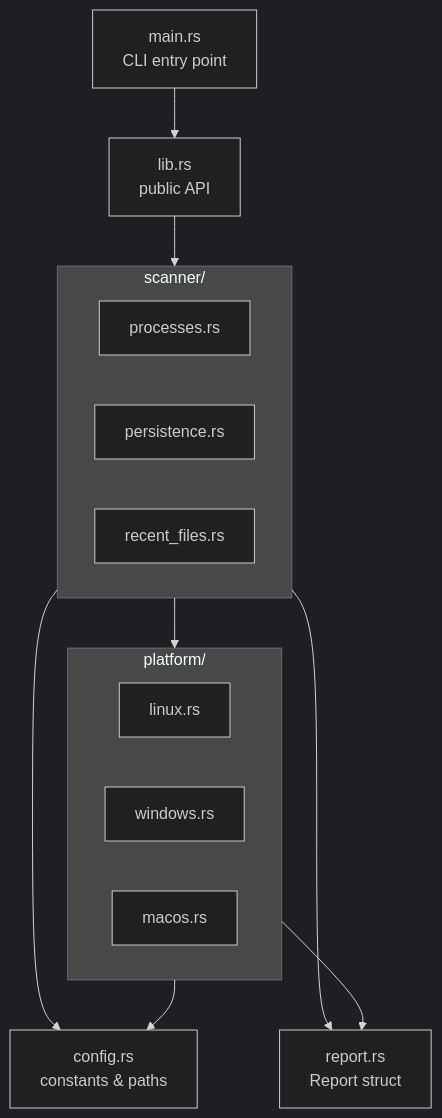
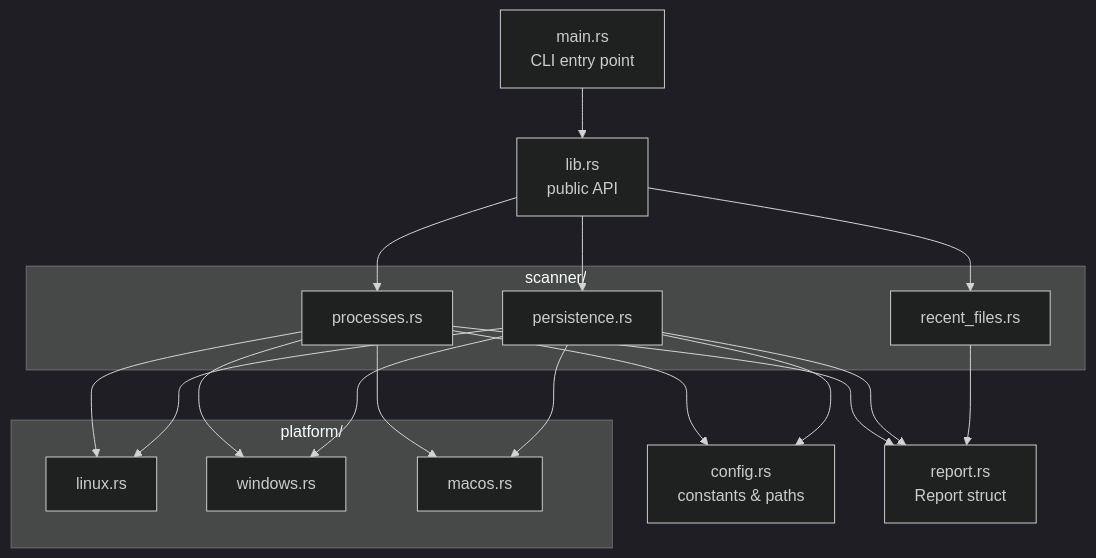
The first of 4 diagrams in README.md (pd241008/Sentrix), drawn with Mermaid (dark theme) before and after one commit.

Commit message:
fix: repair high-level flow mermaid diagram for GitHub rendering
Edges referencing subgraph ids (LIB --> SCANNER, SCANNER --> PLATFORM)
trigger the mermaid dagre-wrapper crash in older renderers
(mermaid-js/mermaid#4644, fixed in v10.8). Rewrite the diagram so all
edges connect concrete leaf nodes, keeping subgraphs as pure grouping
containers. Verified rendering across mermaid v10.5.1, v10.9.1, and v11.

````diff
--- a/README.md
+++ b/README.md
@@ -56,28 +56,34 @@
 ```mermaid
 flowchart TD
-    CLI["main.rs<br/>CLI entry point"]
-    LIB["lib.rs<br/>public API"]
-    CFG["config.rs<br/>constants & paths"]
-    RPT["report.rs<br/>Report struct"]
-
-    CLI --> LIB
-    LIB --> SCANNER
+    CLI["main.rs<br/>CLI entry point"] --> LIB["lib.rs<br/>public API"]
 
     subgraph SCANNER["scanner/"]
         PROC["processes.rs"]
         PERS["persistence.rs"]
         RFIL["recent_files.rs"]
     end
 
     subgraph PLATFORM["platform/"]
         LIN["linux.rs"]
         WIN["windows.rs"]
         MAC["macos.rs"]
     end
 
-    SCANNER --> PLATFORM
-    SCANNER --> CFG
-    SCANNER --> RPT
-    PLATFORM --> CFG
-    PLATFORM --> RPT
+    CFG["config.rs<br/>constants & paths"]
+    RPT["report.rs<br/>Report struct"]
+
+    LIB --> PROC
+    LIB --> PERS
+    LIB --> RFIL
+    PROC --> CFG
+    PERS --> CFG
+    PROC --> RPT
+    PERS --> RPT
+    RFIL --> RPT
+    PROC --> LIN
+    PROC --> WIN
+    PROC --> MAC
+    PERS --> LIN
+    PERS --> WIN
+    PERS --> MAC
 ```
````
